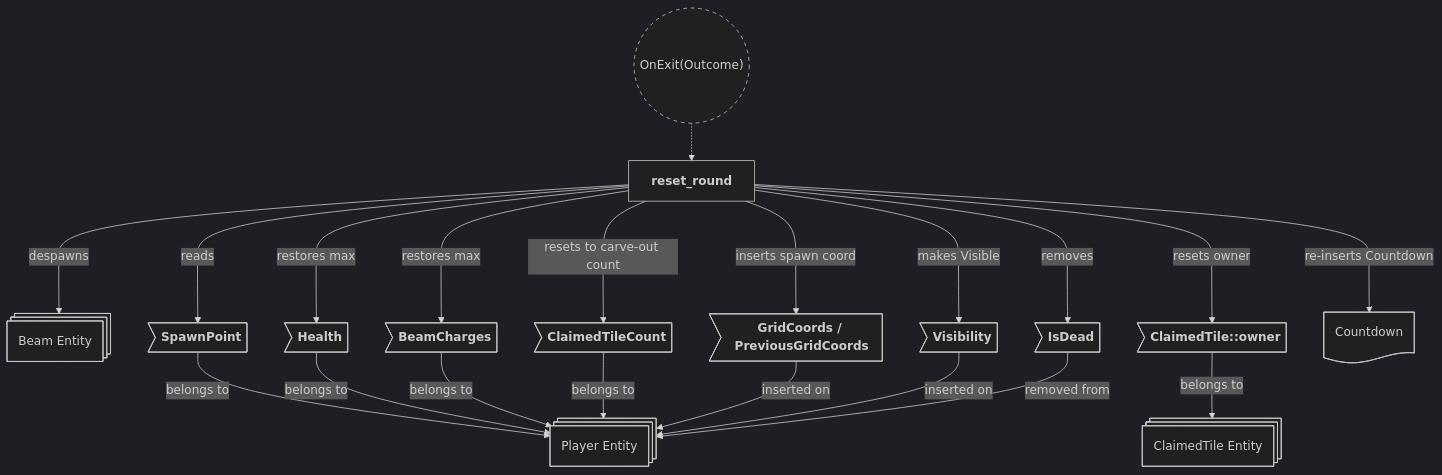
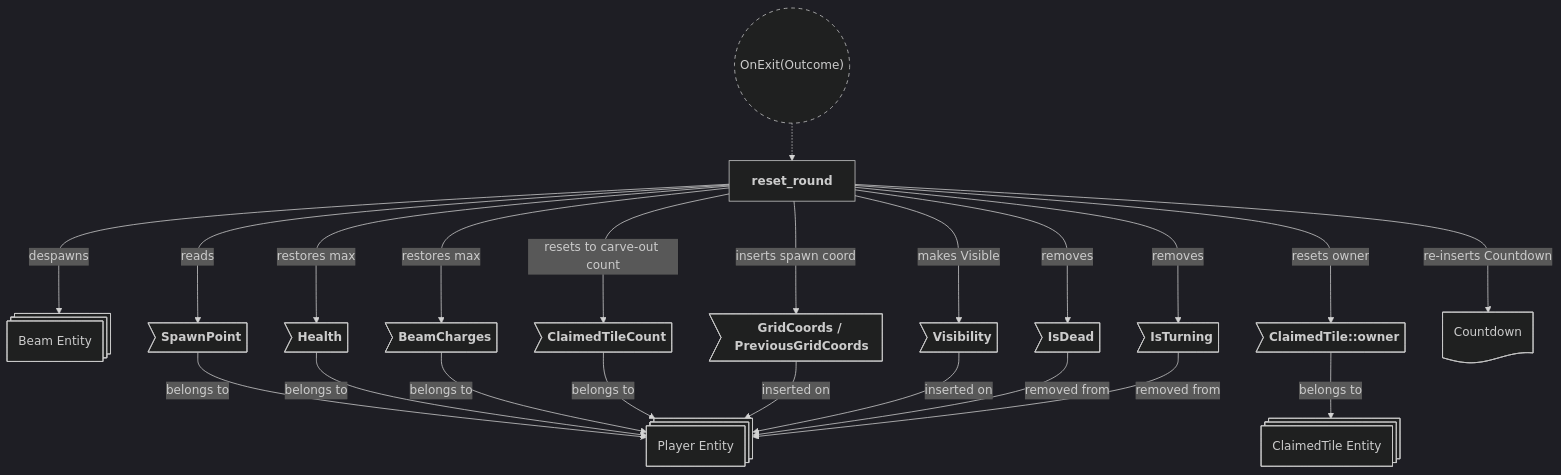
The ninth of 9 diagrams in backlog/docs/doc-15 - 013-Round-plugin.md (neurosoup/tyled), drawn with Mermaid before and after one commit. The commit also changed other lines of this file and 8 other files, not shown here.

````diff
--- a/backlog/docs/doc-15 - 013-Round-plugin.md
+++ b/backlog/docs/doc-15 - 013-Round-plugin.md
@@ -402,40 +402,42 @@
 ```mermaid
 ---
 config:
   theme: dark
 ---
 
 flowchart TD
 classDef system-group stroke-dasharray: 5 5
 
 state_transition(("`OnExit(Outcome)`")):::system-group
 reset_round["`**reset_round**`"]
 
 state_transition -.-> reset_round
 
 player_entity@{ shape: st-rect, label: "Player Entity" }
 tile_entity@{ shape: st-rect, label: "ClaimedTile Entity" }
 beam_entity@{ shape: st-rect, label: "Beam Entity" }
 
 pe_spawn>"`**SpawnPoint**`"] --> |belongs to| player_entity
 pe_health>"`**Health**`"] --> |belongs to| player_entity
 pe_charges>"`**BeamCharges**`"] --> |belongs to| player_entity
 pe_count>"`**ClaimedTileCount**`"] --> |belongs to| player_entity
 pe_coords>"`**GridCoords / PreviousGridCoords**`"] --> |inserted on| player_entity
 pe_vis>"`**Visibility**`"] --> |inserted on| player_entity
 pe_dead>"`**IsDead**`"] --> |removed from| player_entity
+pe_turning>"`**IsTurning**`"] --> |removed from| player_entity
 te_owner>"`**ClaimedTile::owner**`"] --> |belongs to| tile_entity
 
 reset_round ---> |reads| pe_spawn
 reset_round ---> |restores max| pe_health
 reset_round ---> |restores max| pe_charges
 reset_round ---> |resets to carve-out count| pe_count
 reset_round ---> |inserts spawn coord| pe_coords
 reset_round ---> |makes Visible| pe_vis
 reset_round ---> |removes| pe_dead
+reset_round ---> |removes| pe_turning
 reset_round ---> |resets owner| te_owner
 reset_round ---> |despawns| beam_entity
 reset_round ---> |re-inserts Countdown| world_res
 
 world_res@{ shape: doc, label: "Countdown" }
 ```
````
